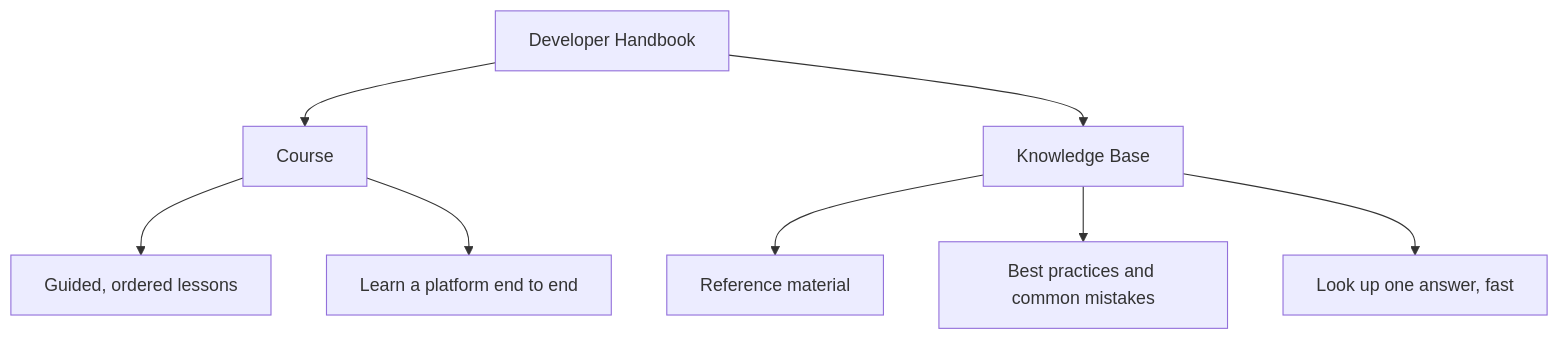
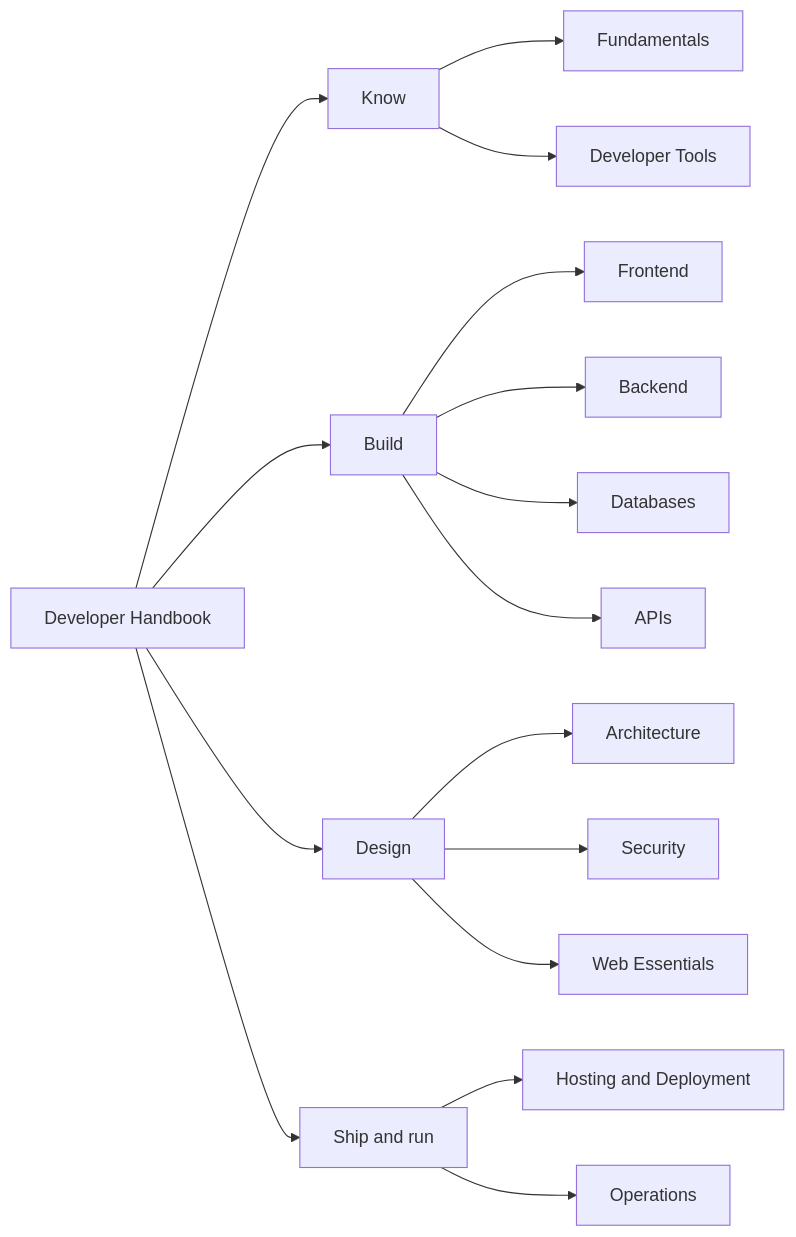
One commit to DanfeCamp/developer-handbook changed the diagram in developer-handbook/index.md. Above: the diagram before and after it, drawn with Mermaid. The commit also changed other lines of this file and 129 other files, not shown here.

````diff
--- a/developer-handbook/index.md
+++ b/developer-handbook/index.md
@@ -30,12 +31,22 @@
 ```mermaid
-flowchart TD
-    H[Developer Handbook] --> C[Course]
-    H --> K[Knowledge Base]
+flowchart LR
+    H[Developer Handbook] --> A[Know]
+    H --> B[Build]
+    H --> C[Design]
+    H --> D[Ship and run]
 
-    C --> C1[Guided, ordered lessons]
-    C --> C2[Learn a platform end to end]
+    A --> A1[Fundamentals]
+    A --> A2[Developer Tools]
 
-    K --> K1[Reference material]
-    K --> K2[Best practices and common mistakes]
-    K --> K3[Look up one answer, fast]
+    B --> B1[Frontend]
+    B --> B2[Backend]
+    B --> B3[Databases]
+    B --> B4[APIs]
+
+    C --> C1[Architecture]
+    C --> C2[Security]
+    C --> C3[Web Essentials]
+
+    D --> D1[Hosting and Deployment]
+    D --> D2[Operations]
 ```
````
